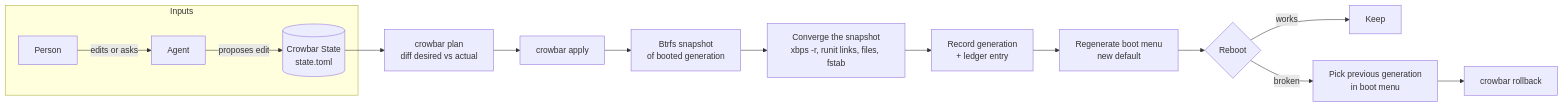
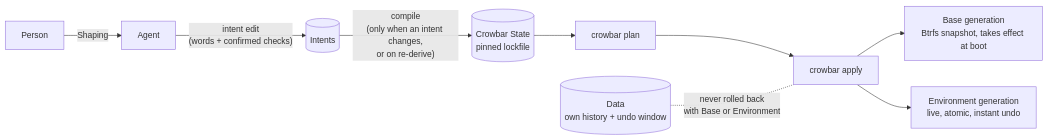
The first of 5 diagrams in docs/agent-first/design/state-and-apply-engine.md (crowbaros/crowbaros), drawn with Mermaid before and after one commit. The commit also changed other lines of this file and 14 other files, not shown here.

First line of the commit message:
Vision: record the agent-first design review

````diff
--- a/docs/agent-first/design/state-and-apply-engine.md
+++ b/docs/agent-first/design/state-and-apply-engine.md
@@ -20,17 +30,11 @@
 ```mermaid
 flowchart LR
-    subgraph Inputs
-        H[Person] -->|edits or asks| AG[Agent]
-        AG -->|proposes edit| S[(Crowbar State<br/>state.toml)]
-    end
-    S --> PL[crowbar plan<br/>diff desired vs actual]
+    P[Person] -->|Shaping| AG[Agent]
+    AG -->|"intent edit<br/>(words + confirmed checks)"| I[(Intents)]
+    I -->|"compile<br/>(only when an intent changes,<br/>or on re-derive)"| S[(Crowbar State<br/>pinned lockfile)]
+    S --> PL[crowbar plan]
     PL --> AP[crowbar apply]
-    AP --> SN[Btrfs snapshot<br/>of booted generation]
-    SN --> CV[Converge the snapshot<br/>xbps -r, runit links, files, fstab]
-    CV --> REC[Record generation<br/>+ ledger entry]
-    REC --> BM[Regenerate boot menu<br/>new default]
-    BM --> RB{Reboot}
-    RB -->|works| OK[Keep]
-    RB -->|broken| BACK[Pick previous generation<br/>in boot menu]
-    BACK --> RBK[crowbar rollback]
+    AP --> B["Base generation<br/>Btrfs snapshot, takes effect at boot"]
+    AP --> E["Environment generation<br/>live, atomic, instant undo"]
+    D[("Data<br/>own history + undo window")] -. never rolled back<br/>with Base or Environment .- AP
 ```
````
